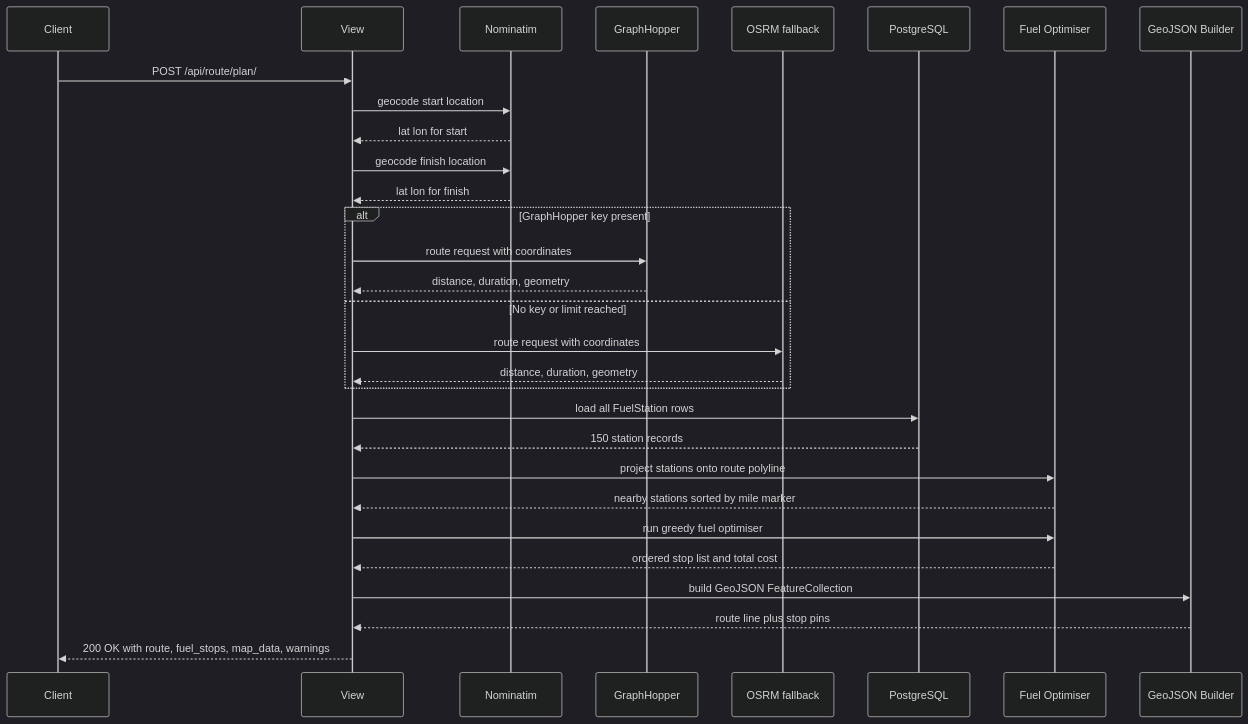
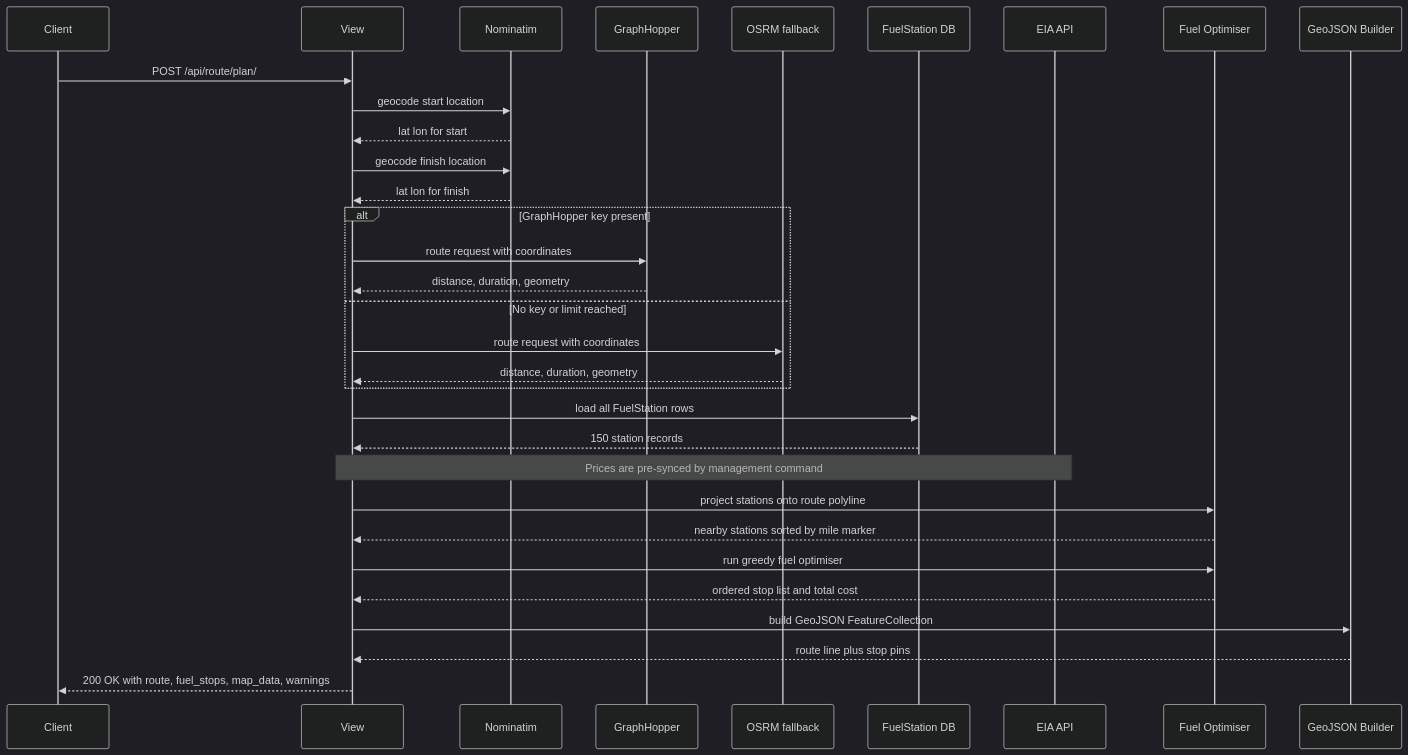
The second of 5 diagrams in README.md (Kira714/django-api), drawn with Mermaid (dark theme) before and after one commit. The commit also changed other lines of this file and 13 other files, not shown here.

````diff
--- a/README.md
+++ b/README.md
@@ -91,39 +90,41 @@
 ```mermaid
 sequenceDiagram
     participant C as Client
     participant V as View
     participant G as Nominatim
     participant GH as GraphHopper
     participant OS as OSRM fallback
-    participant DB as PostgreSQL
+    participant DB as FuelStation DB
+    participant EIA as EIA API
     participant FO as Fuel Optimiser
     participant GJ as GeoJSON Builder
 
     C->>V: POST /api/route/plan/
     V->>G: geocode start location
     G-->>V: lat lon for start
     V->>G: geocode finish location
     G-->>V: lat lon for finish
 
     alt GraphHopper key present
         V->>GH: route request with coordinates
         GH-->>V: distance, duration, geometry
     else No key or limit reached
         V->>OS: route request with coordinates
         OS-->>V: distance, duration, geometry
     end
 
     V->>DB: load all FuelStation rows
     DB-->>V: 150 station records
+    Note over EIA,V: Prices are pre-synced by management command
 
     V->>FO: project stations onto route polyline
     FO-->>V: nearby stations sorted by mile marker
 
     V->>FO: run greedy fuel optimiser
     FO-->>V: ordered stop list and total cost
 
     V->>GJ: build GeoJSON FeatureCollection
     GJ-->>V: route line plus stop pins
 
     V-->>C: 200 OK with route, fuel_stops, map_data, warnings
 ```
````
